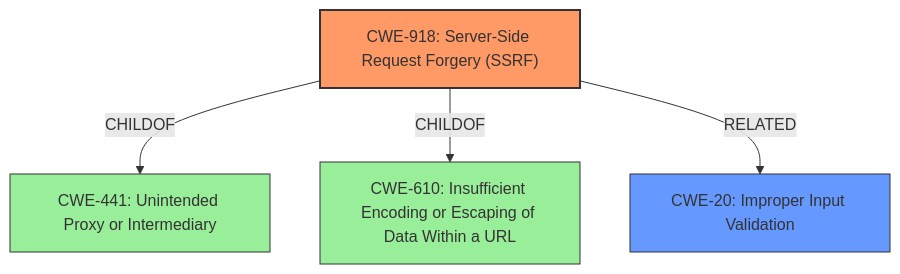
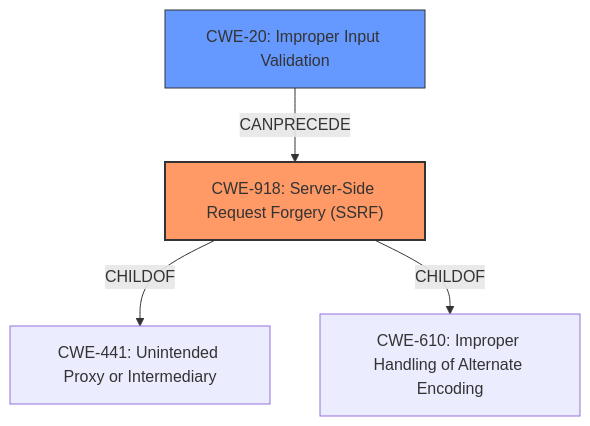
One commit to CyberSecAI/cwe_agent_assign_reports_2023 changed the diagram in CVE-2021-34473/CVE-2021-34473_analysis.md. Above: the diagram before and after it, drawn with Mermaid. The commit also changed other lines of this file and 902 other files, not shown here.

````diff
--- a/CVE-2021-34473/CVE-2021-34473_analysis.md
+++ b/CVE-2021-34473/CVE-2021-34473_analysis.md
@@ -17,18 +17,16 @@
 ```mermaid
 graph TD
     cwe918["CWE-918: Server-Side Request Forgery (SSRF)"]
+    cwe441["CWE-441: Unintended Proxy or Intermediary"]
+    cwe610["CWE-610: Improper Handling of Alternate Encoding"]
     cwe20["CWE-20: Improper Input Validation"]
-    cwe441["CWE-441: Unintended Proxy or Intermediary"]
-    cwe610["CWE-610: Insufficient Encoding or Escaping of Data Within a URL"]
     
     cwe918 -->|CHILDOF| cwe441
-    cwe918 -->|CHILDOF| cwe610    
-    cwe918 -->|RELATED| cwe20
-
+    cwe918 -->|CHILDOF| cwe610
+    cwe20 -->|CANPRECEDE| cwe918
+    
     classDef primary fill:#f96,stroke:#333,stroke-width:2px
     classDef secondary fill:#69f,stroke:#333
-    classDef tertiary fill:#9e9,stroke:#333
     class cwe918 primary
     class cwe20 secondary
-    class cwe441,cwe610 tertiary
 ```
````
